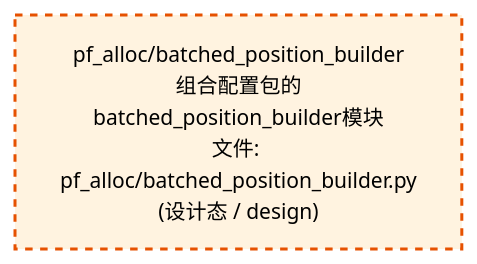
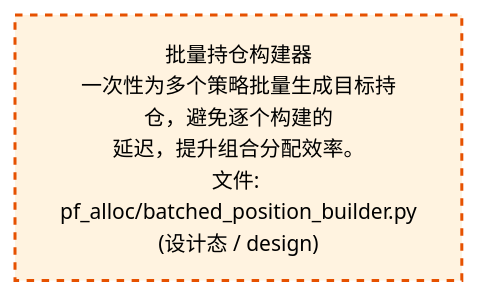
The third of 4 diagrams in docs/02_enterprise_architecture/02_domain_architecture_docs/62_d_pf_alloc.md (xuanFelixVan/ZephyrAlpha), drawn with Mermaid before and after one commit. The commit also changed other lines of this file and 54 other files, not shown here.

````diff
--- a/docs/02_enterprise_architecture/02_domain_architecture_docs/62_d_pf_alloc.md
+++ b/docs/02_enterprise_architecture/02_domain_architecture_docs/62_d_pf_alloc.md
@@ -115,10 +115,10 @@
 ```mermaid
 %%{init: {'theme': 'base', 'themeVariables': {'primaryColor': '#eaeaea', 'primaryTextColor': '#333333', 'primaryBorderColor': '#666666', 'lineColor': '#666666', 'secondaryColor': '#eaeaea', 'tertiaryColor': '#eaeaea', 'fontSize': '14px'}}}%%
 flowchart TD
-    src_zephyr_pf_alloc_batched_position_builder_py["pf_alloc/batched_position_builder<br/>组合配置包的batched_position_builder模块<br/>文件: pf_alloc/batched_position_builder.py<br/>(设计态 / design)"]
+    src_zephyr_pf_alloc_batched_position_builder_py["批量持仓构建器<br/>一次性为多个策略批量生成目标持仓，避免逐个构建的<br/>延迟，提升组合分配效率。<br/>文件: pf_alloc/batched_position_builder.py<br/>(设计态 / design)"]
     classDef production fill:#e1f5fe,stroke:#01579b,stroke-width:2px,color:#000
     classDef design fill:#fff3e0,stroke:#e65100,stroke-width:2px,color:#000,stroke-dasharray: 5 5
     classDef external_prod fill:#e8f4fd,stroke:#0277bd,stroke-width:1px,color:#000
     classDef external_design fill:#fff8e7,stroke:#ef6c00,stroke-width:1px,color:#000,stroke-dasharray: 5 5
     class src_zephyr_pf_alloc_batched_position_builder_py design
 ```
````
